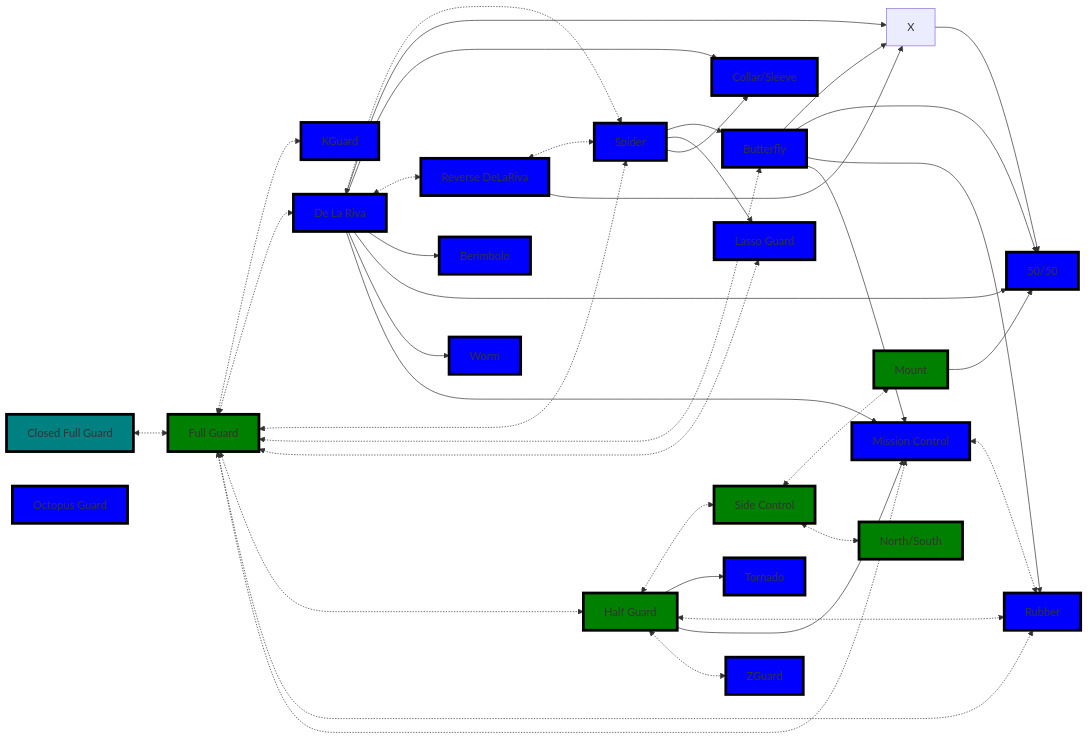
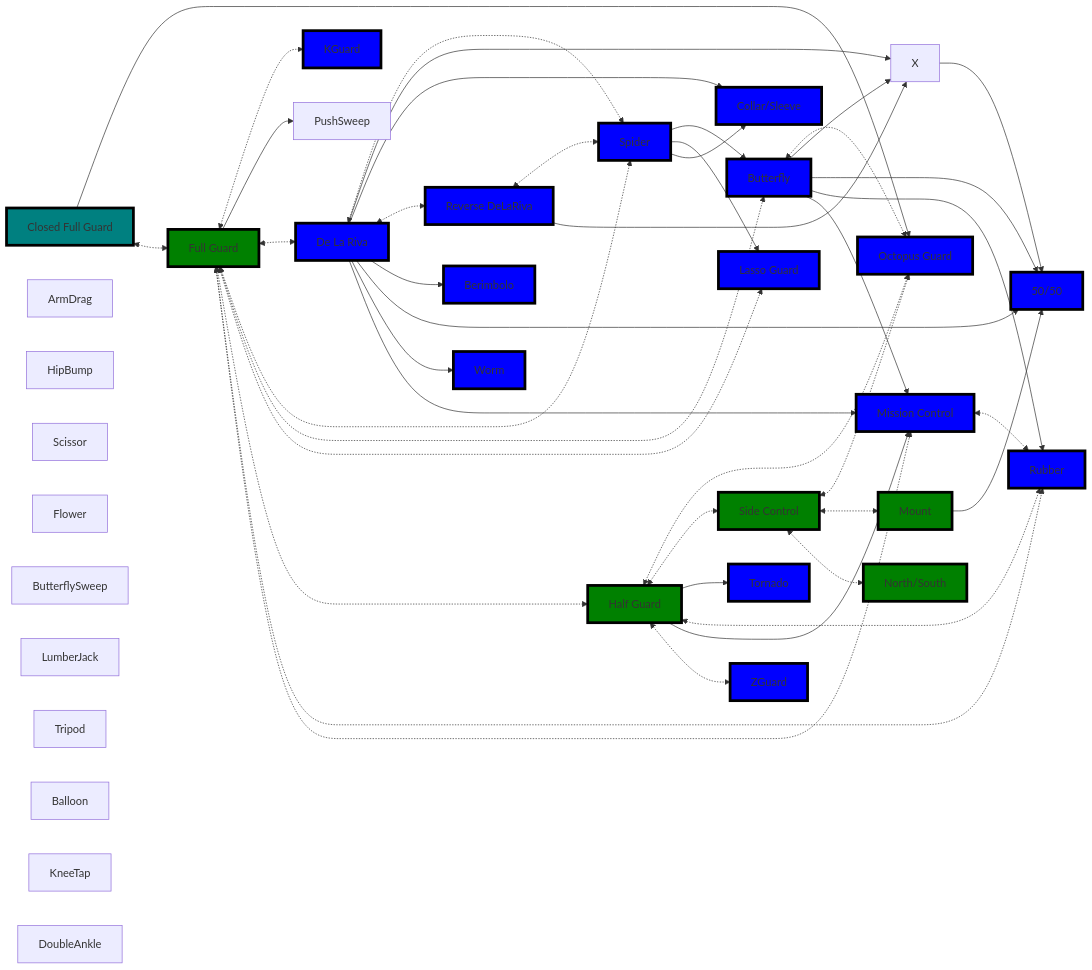
Before and after one commit to jacgit18/DevHiveMind: the third of 4 diagrams in _Fitness/MMA/Real World BJJ Flows.md, drawn with Mermaid. The commit also changed other lines of this file and 7 other files, not shown here.

```diff
--- a/_Fitness/MMA/Real World BJJ Flows.md
+++ b/_Fitness/MMA/Real World BJJ Flows.md
@@ -310,8 +318,26 @@
 	KGuard[KGuard]
 	OctopusGuard[Octopus Guard]
 
+	ArmDrag[ArmDrag]
+	HipBump[HipBump]
+	Scissor[Scissor]
+	Flower[Flower]
+	ButterflySweep[ButterflySweep]
+	LumberJack[LumberJack]
+	Tripod[Tripod]
+	Balloon[Balloon]
+	KneeTap[KneeTap]
+	DoubleAnkle[DoubleAnkle]
+	PushSweep[PushSweep]
+
+	Closed --> OctopusGuard
+	D <-.-> OctopusGuard
+	H <-.-> OctopusGuard
+	I <-.-> OctopusGuard
+
 	Closed <-.-> A
 	A <-.-> KGuard
+	A --> PushSweep
     A <-.-> B
     A <-.-> C
     A <-.-> D
```
